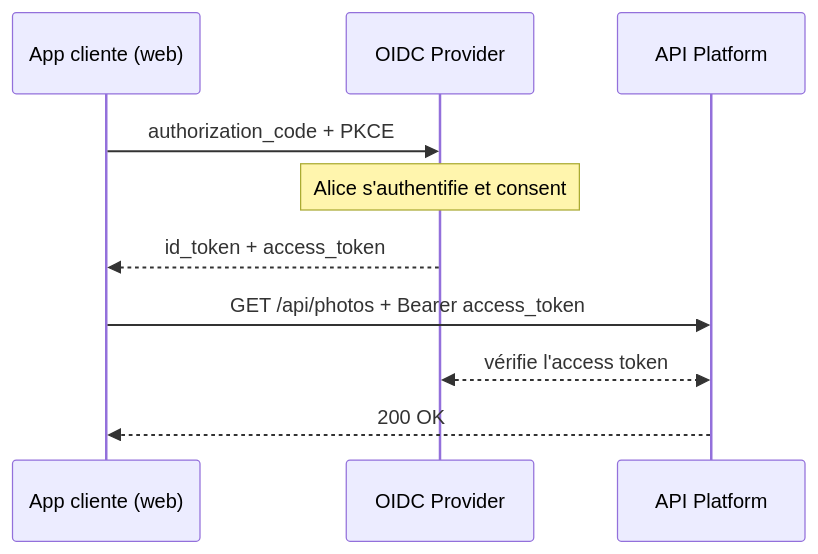
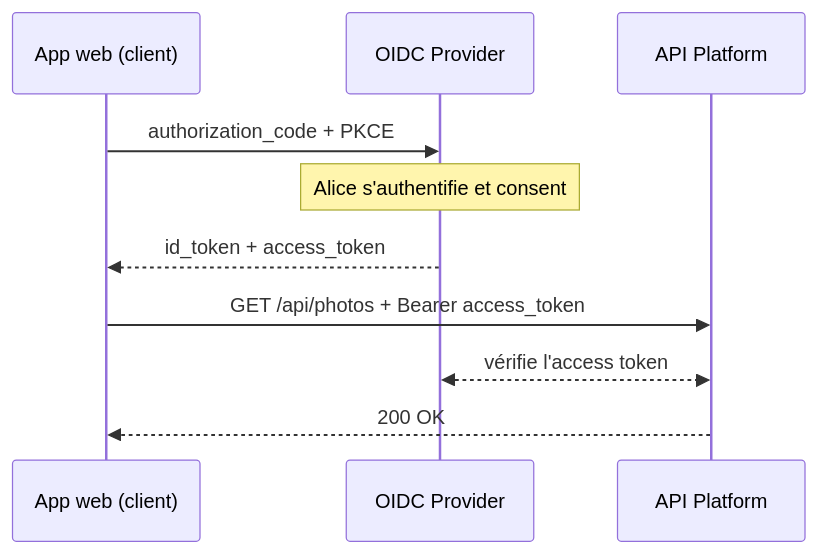
The diagram in pages/authentication/definition.md (welcoMattic/api-secured-the-modern-way), drawn with Mermaid before and after one commit. The commit also changed other lines of this file and 1 other file, not shown here.

````diff
--- a/pages/authentication/definition.md
+++ b/pages/authentication/definition.md
@@ -33,13 +34,13 @@
 ```mermaid
 sequenceDiagram
-    participant C as App cliente (web)
+    participant C as App web (client)
     participant P as OIDC Provider
     participant A as API Platform
 
     C->>P: authorization_code + PKCE
     Note over P: Alice s'authentifie et consent
     P-->>C: id_token + access_token
     C->>A: GET /api/photos + Bearer access_token
     A<<-->>P: vérifie l'access token
     A-->>C: 200 OK
 ```
````
